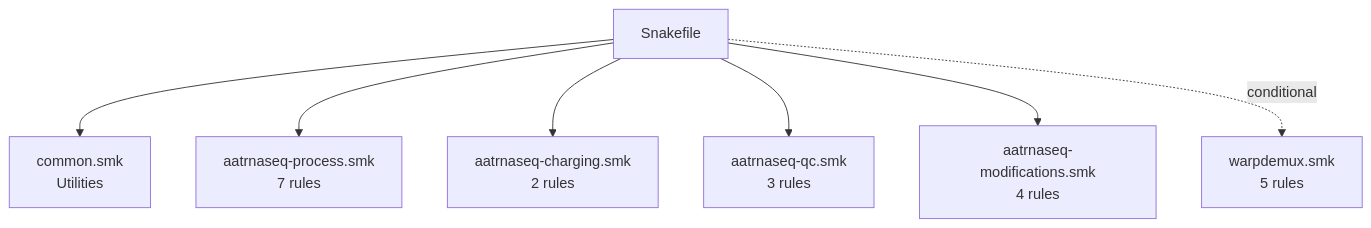
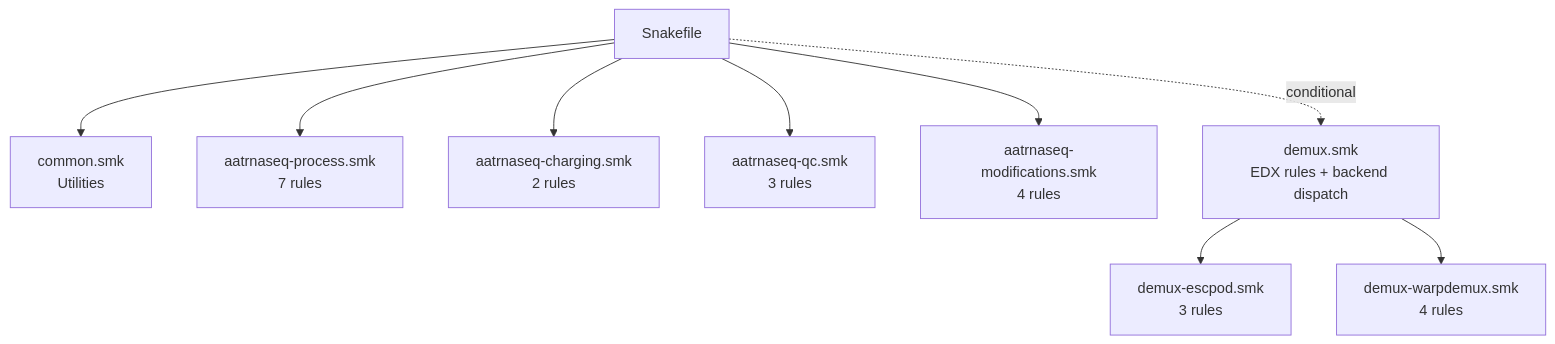
The first of 4 diagrams in docs/development/architecture.md (rnabioco/aa-tRNA-seq-pipeline), drawn with Mermaid before and after one commit. The commit also changed other lines of this file and 24 other files, not shown here.

````diff
--- a/docs/development/architecture.md
+++ b/docs/development/architecture.md
@@ -71,9 +74,11 @@
 ```mermaid
 flowchart TB
     A[Snakefile] --> B[common.smk<br/>Utilities]
     A --> C[aatrnaseq-process.smk<br/>7 rules]
     A --> D[aatrnaseq-charging.smk<br/>2 rules]
     A --> E[aatrnaseq-qc.smk<br/>3 rules]
     A --> F[aatrnaseq-modifications.smk<br/>4 rules]
-    A -.->|conditional| G[warpdemux.smk<br/>5 rules]
+    A -.->|conditional| G[demux.smk<br/>EDX rules + backend dispatch]
+    G --> G1[demux-escpod.smk<br/>3 rules]
+    G --> G2[demux-warpdemux.smk<br/>4 rules]
 ```
````
